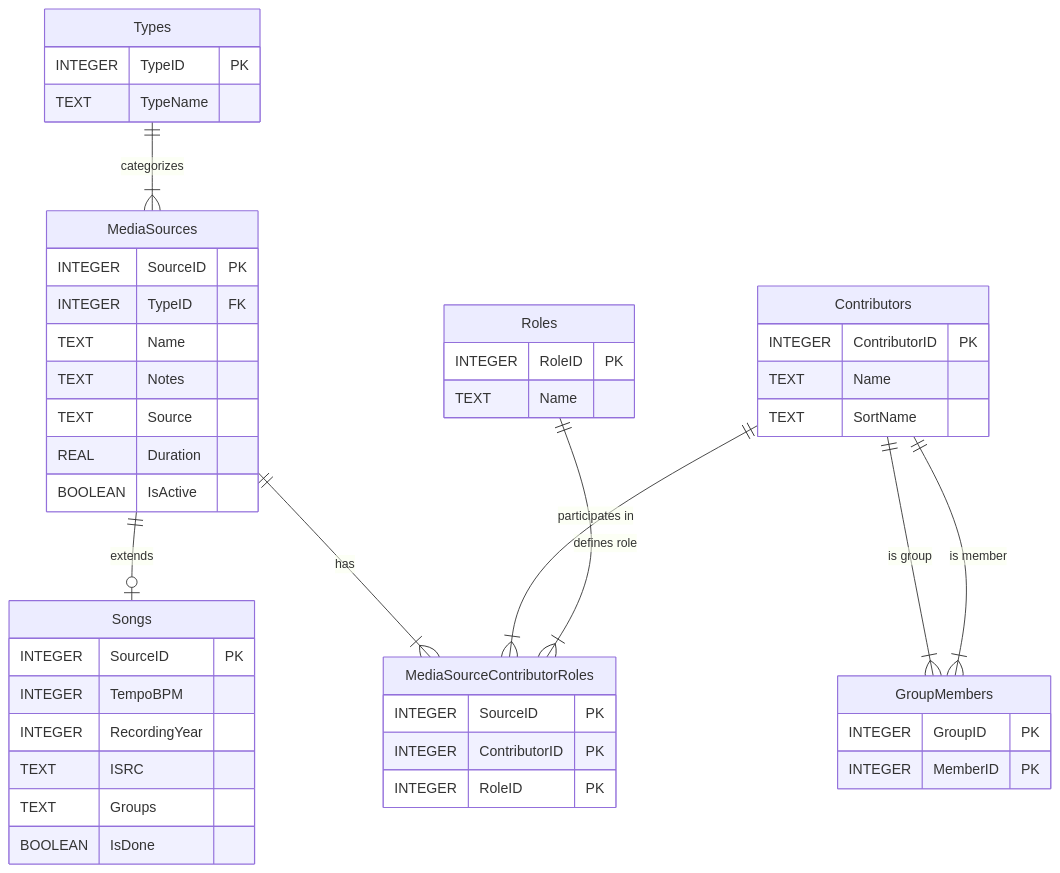
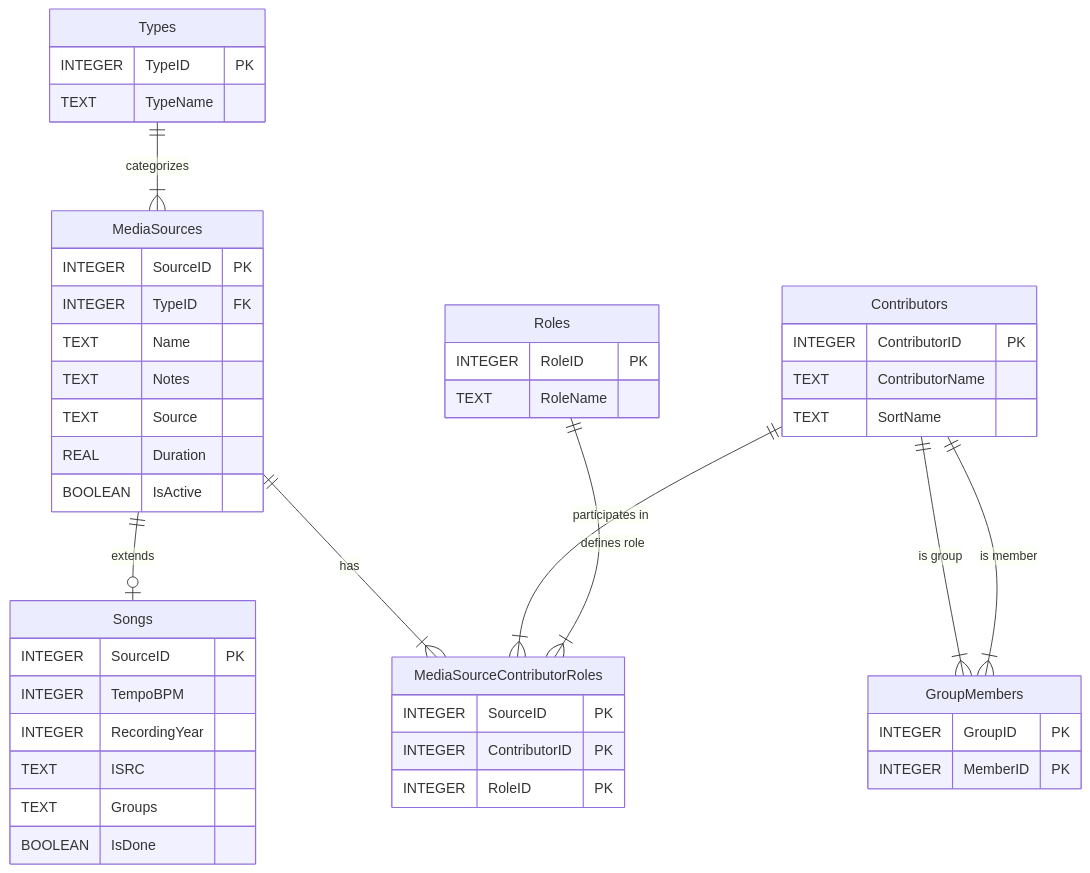
One commit to PROdotes/Gosling2 changed the first of 2 diagrams in DATABASE.md. Above: the diagram before and after it, drawn with Mermaid. The commit also changed other lines of this file and 12 other files, not shown here.

````diff
--- a/DATABASE.md
+++ b/DATABASE.md
@@ -59,56 +59,56 @@
 ```mermaid
 erDiagram
     Types ||--|{ MediaSources : "categorizes"
     MediaSources ||--o| Songs : "extends"
     MediaSources ||--|{ MediaSourceContributorRoles : "has"
     Contributors ||--|{ MediaSourceContributorRoles : "participates in"
     Roles ||--|{ MediaSourceContributorRoles : "defines role"
     Contributors ||--|{ GroupMembers : "is group"
     Contributors ||--|{ GroupMembers : "is member"
 
     Types {
         INTEGER TypeID PK
         TEXT TypeName
     }
 
     MediaSources {
         INTEGER SourceID PK
         INTEGER TypeID FK
         TEXT Name
         TEXT Notes
         TEXT Source
         REAL Duration
         BOOLEAN IsActive
     }
 
     Songs {
         INTEGER SourceID PK
         INTEGER TempoBPM
         INTEGER RecordingYear
         TEXT ISRC
         TEXT Groups
         BOOLEAN IsDone
     }
 
     Contributors {
         INTEGER ContributorID PK
-        TEXT Name
+        TEXT ContributorName
         TEXT SortName
     }
 
     Roles {
         INTEGER RoleID PK
-        TEXT Name
+        TEXT RoleName
     }
 
     MediaSourceContributorRoles {
         INTEGER SourceID PK
         INTEGER ContributorID PK
         INTEGER RoleID PK
     }
 
     GroupMembers {
         INTEGER GroupID PK
         INTEGER MemberID PK
     }
 ```
````
